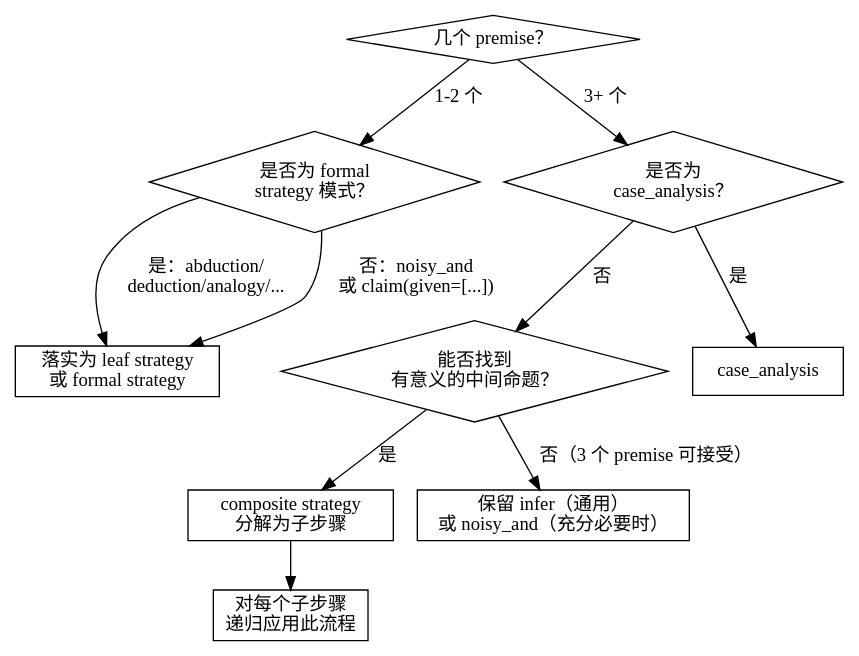
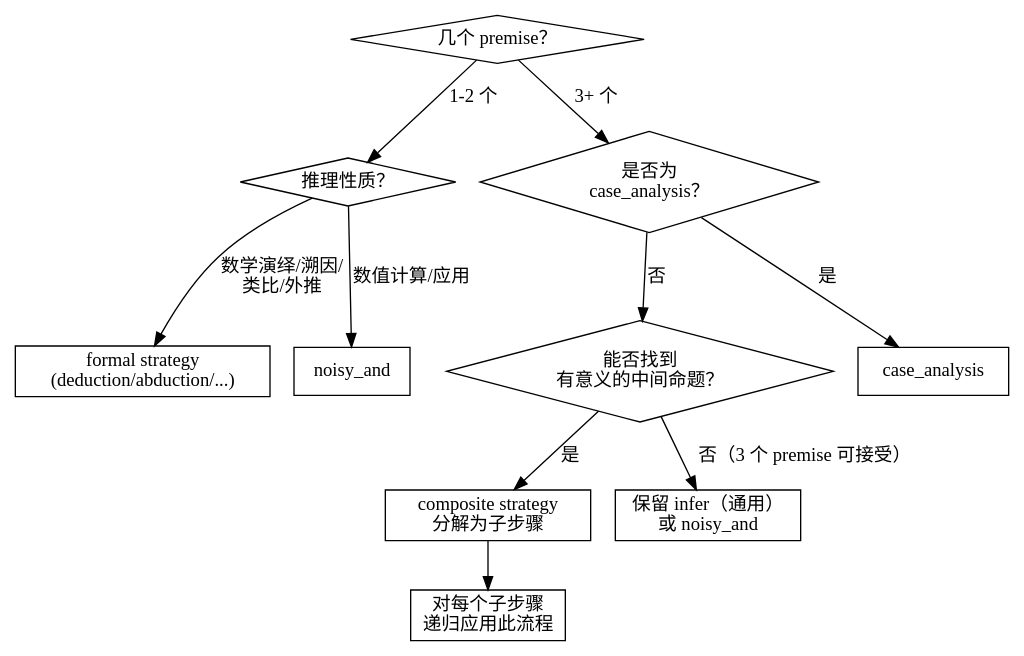
Before and after one commit to SiliconEinstein/Gaia: the second of 2 diagrams in .claude/skills/paper-formalization/SKILL.md, drawn with Graphviz. The commit also changed other lines of this file, not shown here.

````diff
--- a/.claude/skills/paper-formalization/SKILL.md
+++ b/.claude/skills/paper-formalization/SKILL.md
@@ -331,26 +268,27 @@
 ```dot
 digraph refine {
     node [shape=diamond];
     q1 [label="几个 premise？"];
-    q2 [label="是否为 formal\nstrategy 模式？"];
+    q2 [label="推理性质？"];
     q3 [label="是否为\ncase_analysis？"];
     q4 [label="能否找到\n有意义的中间命题？"];
 
     node [shape=box];
-    leaf [label="落实为 leaf strategy\n或 formal strategy"];
+    formal [label="formal strategy\n(deduction/abduction/...)"];
+    noisy [label="noisy_and"];
     case [label="case_analysis"];
     composite [label="composite strategy\n分解为子步骤"];
     recurse [label="对每个子步骤\n递归应用此流程"];
-    keep [label="保留 infer（通用）\n或 noisy_and（充分必要时）"];
+    keep [label="保留 infer（通用）\n或 noisy_and"];
 
     q1 -> q2 [label="1-2 个"];
     q1 -> q3 [label="3+ 个"];
-    q2 -> leaf [label="是：abduction/\ndeduction/analogy/..."];
-    q2 -> leaf [label="否：noisy_and\n或 claim(given=[...])"];
+    q2 -> formal [label="数学演绎/溯因/\n类比/外推"];
+    q2 -> noisy [label="数值计算/应用"];
     q3 -> case [label="是"];
     q3 -> q4 [label="否"];
     q4 -> composite [label="是"];
     q4 -> keep [label="否（3 个 premise 可接受）"];
     composite -> recurse;
 }
 ```
````
